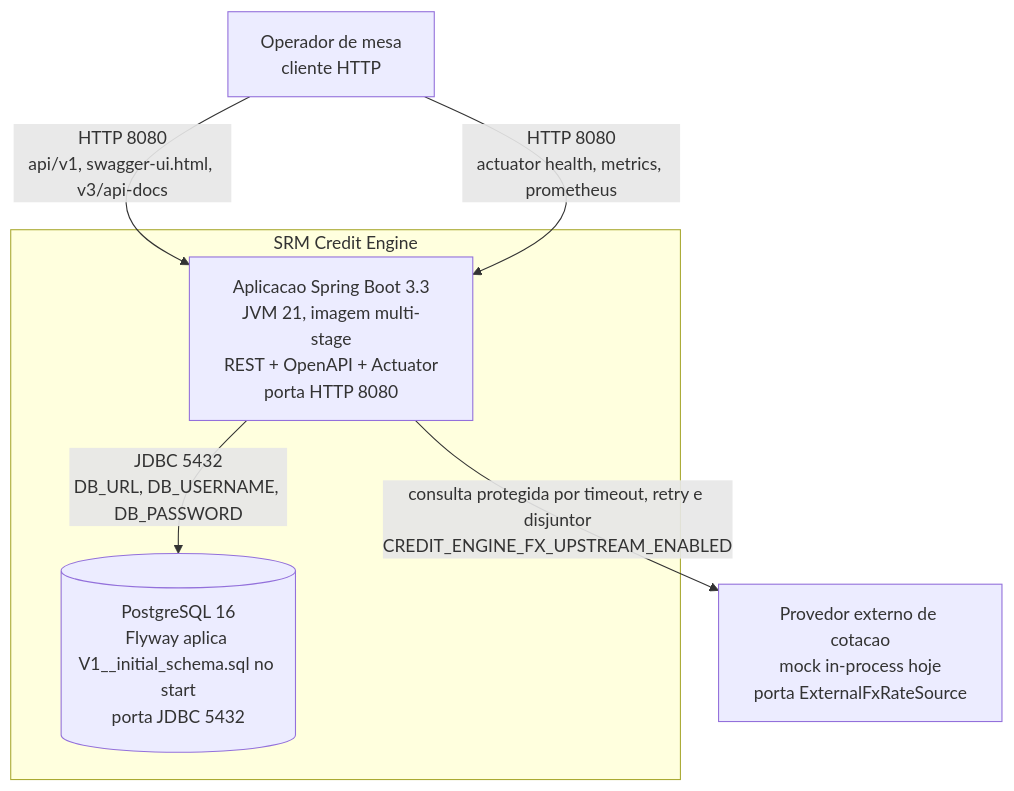
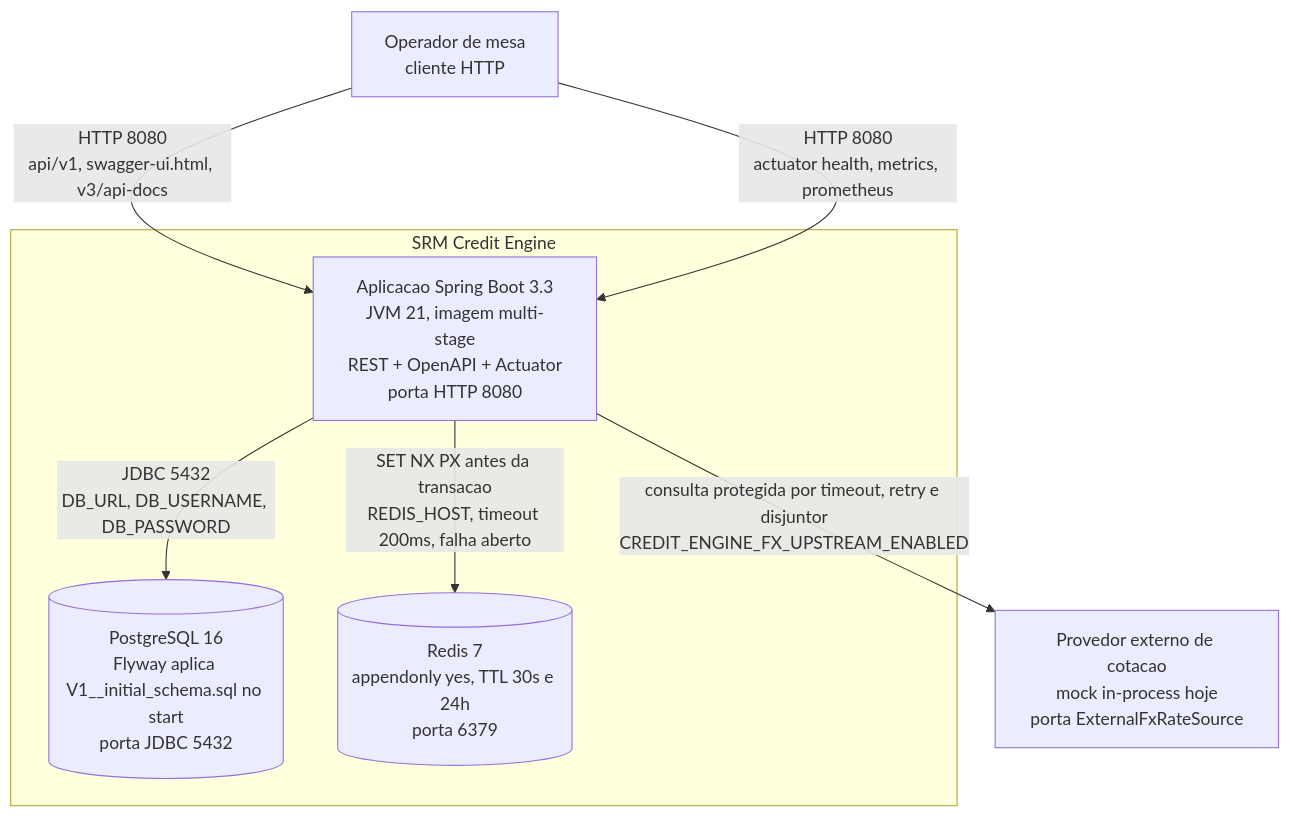
One commit to deanfreitas/ProjetoSRMCreditEngine changed the second of 5 diagrams in ARCHITECTURE.md. Above: the diagram before and after it, drawn with Mermaid. The commit also changed other lines of this file and 4 other files, not shown here.

First line of the commit message:
docs: DECISIONS.md, ARCHITECTURE.md, README.md, SPEC.md e AI_USAGE.md com a idempotencia em Redis

````diff
--- a/ARCHITECTURE.md
+++ b/ARCHITECTURE.md
@@ -37,16 +41,18 @@
 ```mermaid
 flowchart TB
     operador["Operador de mesa<br/>cliente HTTP"]
 
     subgraph sistema["SRM Credit Engine"]
         app["Aplicacao Spring Boot 3.3<br/>JVM 21, imagem multi-stage<br/>REST + OpenAPI + Actuator<br/>porta HTTP 8080"]
         db[("PostgreSQL 16<br/>Flyway aplica V1__initial_schema.sql no start<br/>porta JDBC 5432")]
+        redis[("Redis 7<br/>appendonly yes, TTL 30s e 24h<br/>porta 6379")]
     end
 
     fx["Provedor externo de cotacao<br/>mock in-process hoje<br/>porta ExternalFxRateSource"]
 
     operador -->|"HTTP 8080<br/>api/v1, swagger-ui.html, v3/api-docs"| app
     operador -->|"HTTP 8080<br/>actuator health, metrics, prometheus"| app
     app -->|"JDBC 5432<br/>DB_URL, DB_USERNAME, DB_PASSWORD"| db
+    app -->|"SET NX PX antes da transacao<br/>REDIS_HOST, timeout 200ms, falha aberto"| redis
     app -->|"consulta protegida por timeout, retry e disjuntor<br/>CREDIT_ENGINE_FX_UPSTREAM_ENABLED"| fx
 ```
````
